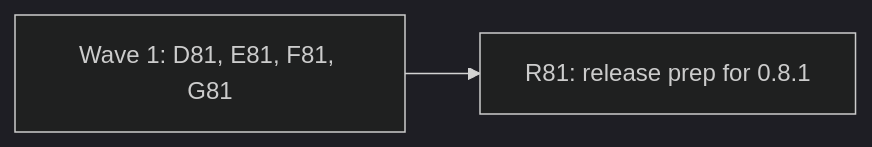
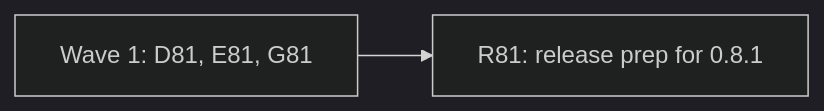
The diagram in docs/plan-0.8.1.md (alfhen/tagreeve), drawn with Mermaid (dark theme) before and after one commit. The commit also changed other lines of this file, not shown here.

````diff
--- a/docs/plan-0.8.1.md
+++ b/docs/plan-0.8.1.md
@@ -56,4 +55,4 @@
 ```mermaid
 flowchart LR
-  W1["Wave 1: D81, E81, F81, G81"] --> R["R81: release prep for 0.8.1"]
+  W1["Wave 1: D81, E81, G81"] --> R["R81: release prep for 0.8.1"]
 ```
````
